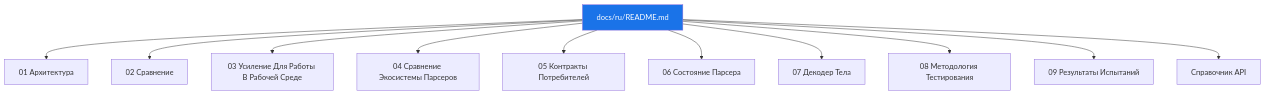
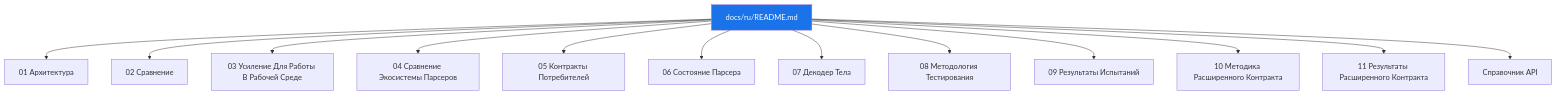
Before and after one commit to ioplane/iohttpparser: the diagram in docs/ru/README.md, drawn with Mermaid. The commit also changed other lines of this file and 12 other files, not shown here.

````diff
--- a/docs/ru/README.md
+++ b/docs/ru/README.md
@@ -13,28 +13,32 @@
 ```mermaid
 graph TD
     IDX["docs/ru/README.md"]
 
     A1["01 Архитектура"]
     A2["02 Сравнение"]
     A3["03 Усиление Для Работы В Рабочей Среде"]
     A4["04 Сравнение Экосистемы Парсеров"]
     A5["05 Контракты Потребителей"]
     A6["06 Состояние Парсера"]
     A7["07 Декодер Тела"]
     A8["08 Методология Тестирования"]
     A9["09 Результаты Испытаний"]
+    A10["10 Методика Расширенного Контракта"]
+    A11["11 Результаты Расширенного Контракта"]
     API["Справочник API"]
 
     IDX --> A1
     IDX --> A2
     IDX --> A3
     IDX --> A4
     IDX --> A5
     IDX --> A6
     IDX --> A7
     IDX --> A8
     IDX --> A9
+    IDX --> A10
+    IDX --> A11
     IDX --> API
 
     style IDX fill:#1a73e8,color:#fff
 ```
````
